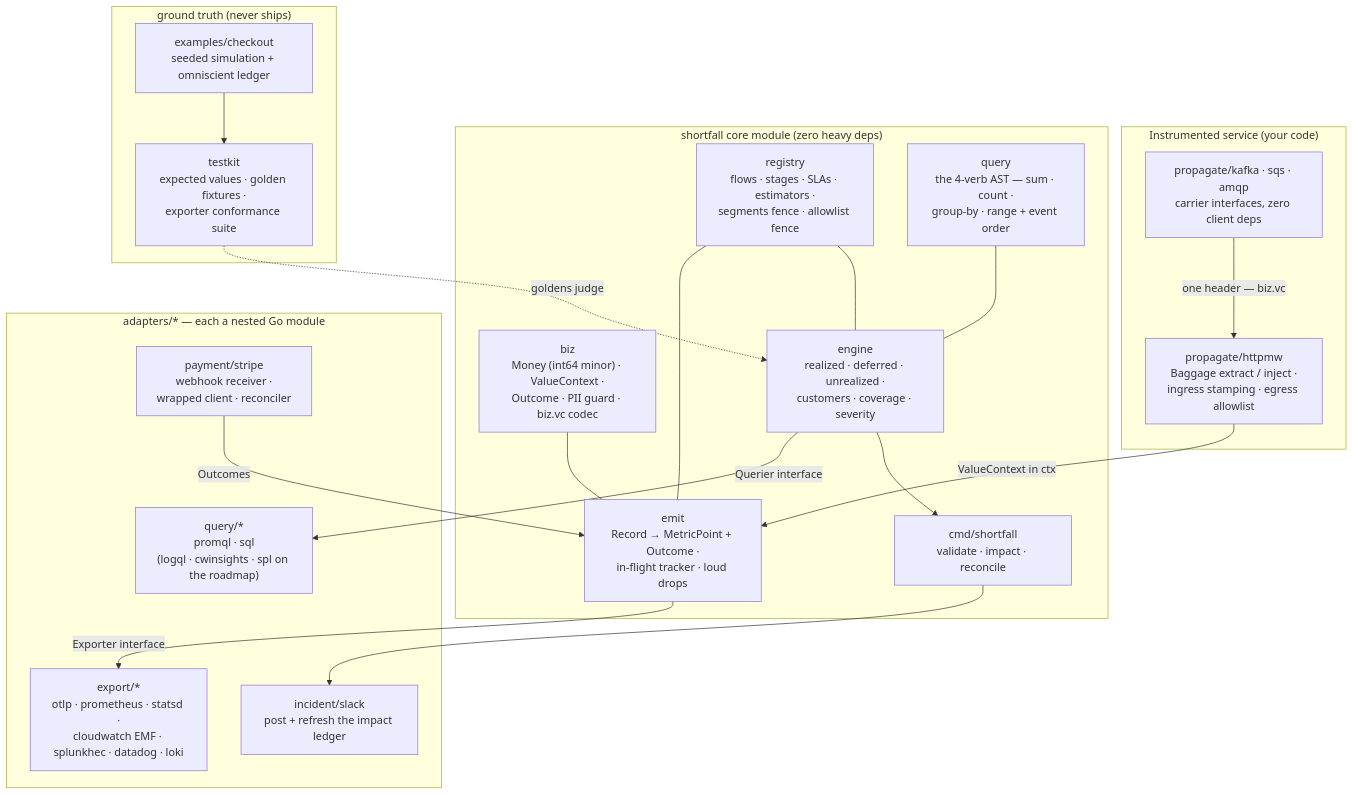
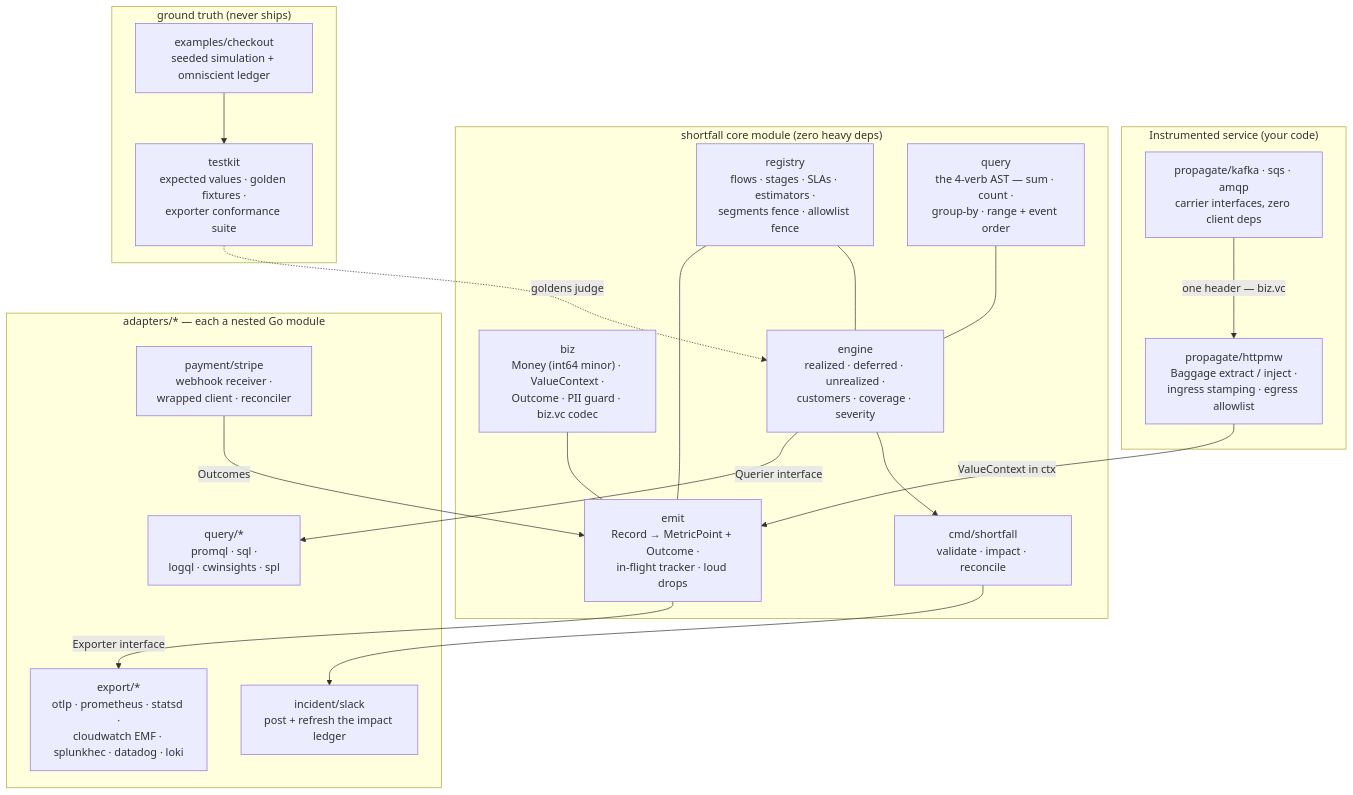
The diagram in docs/architecture/c4-l2-containers.md (NightWatchEng/shortfall), drawn with Mermaid before and after one commit. The commit also changed 23 other files, not shown here.

First line of the commit message:
feat: logql, cwinsights, spl queriers — memq-delegated, golden-verified (workspace-tmw.10.1) (#72)

````diff
--- a/docs/architecture/c4-l2-containers.md
+++ b/docs/architecture/c4-l2-containers.md
@@ -7,42 +7,42 @@
 ```mermaid
 flowchart TB
     subgraph app["Instrumented service (your code)"]
         MW["propagate/httpmw<br/>Baggage extract / inject ·<br/>ingress stamping · egress allowlist"]
         CARRIERS["propagate/kafka · sqs · amqp<br/>carrier interfaces, zero client deps"]
     end
 
     subgraph core["shortfall core module (zero heavy deps)"]
         BIZ["biz<br/>Money (int64 minor) · ValueContext ·<br/>Outcome · PII guard · biz.vc codec"]
         REG["registry<br/>flows · stages · SLAs · estimators ·<br/>segments fence · allowlist fence"]
         EMIT["emit<br/>Record → MetricPoint + Outcome ·<br/>in-flight tracker · loud drops"]
         QUERY["query<br/>the 4-verb AST — sum · count ·<br/>group-by · range + event order"]
         ENGINE["engine<br/>realized · deferred · unrealized ·<br/>customers · coverage · severity"]
         CLI["cmd/shortfall<br/>validate · impact · reconcile"]
     end
 
     subgraph adapters["adapters/* — each a nested Go module"]
         EXP["export/*<br/>otlp · prometheus · statsd ·<br/>cloudwatch EMF · splunkhec · datadog · loki"]
-        QAD["query/*<br/>promql · sql<br/>(logql · cwinsights · spl on the roadmap)"]
+        QAD["query/*<br/>promql · sql ·<br/>logql · cwinsights · spl"]
         PAY["payment/stripe<br/>webhook receiver ·<br/>wrapped client · reconciler"]
         INC["incident/slack<br/>post + refresh the impact ledger"]
     end
 
     subgraph verify["ground truth (never ships)"]
         HARNESS["examples/checkout<br/>seeded simulation + omniscient ledger"]
         TESTKIT["testkit<br/>expected values · golden fixtures ·<br/>exporter conformance suite"]
     end
 
     MW -->|"ValueContext in ctx"| EMIT
     CARRIERS -->|"one header — biz.vc"| MW
     BIZ --- EMIT
     REG --- EMIT
     EMIT -->|"Exporter interface"| EXP
     ENGINE -->|"Querier interface"| QAD
     REG --- ENGINE
     QUERY --- ENGINE
     PAY -->|"Outcomes"| EMIT
     ENGINE --> CLI
     CLI --> INC
     HARNESS --> TESTKIT
     TESTKIT -.->|"goldens judge"| ENGINE
 ```
````
